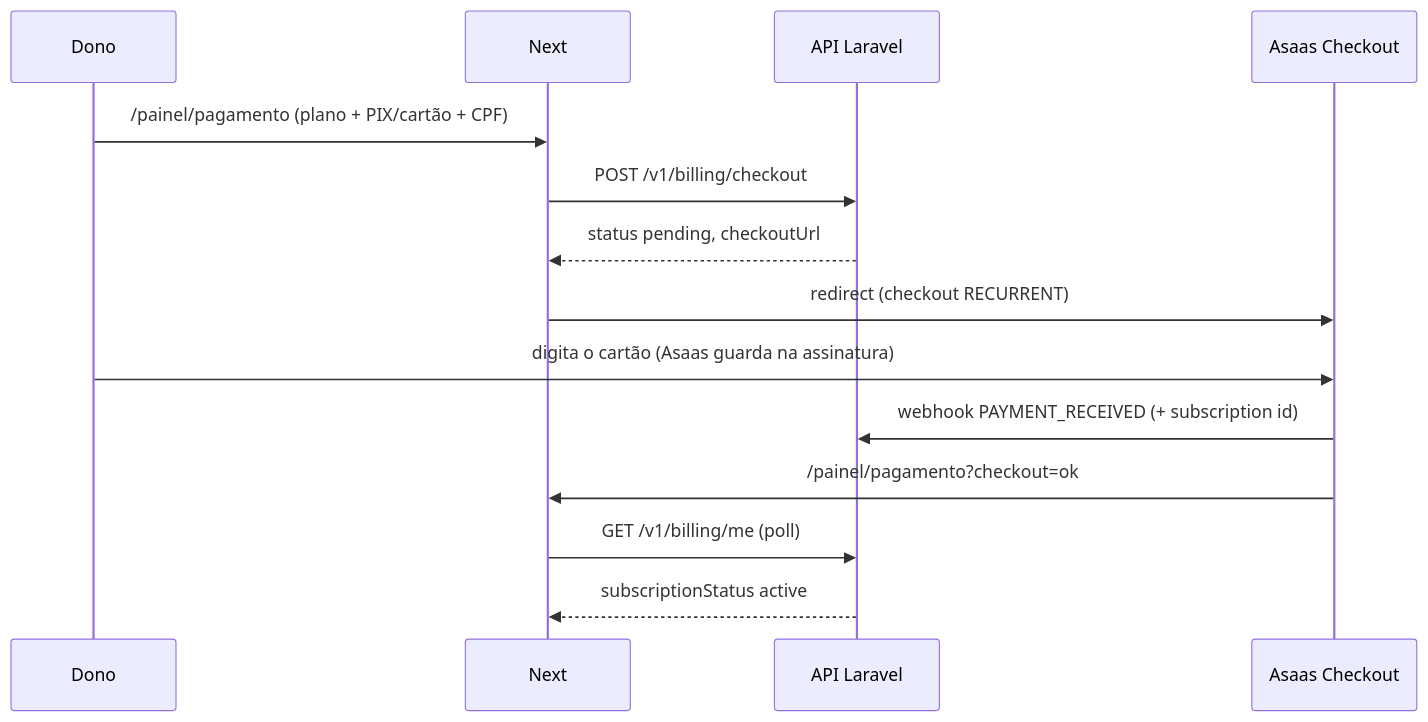
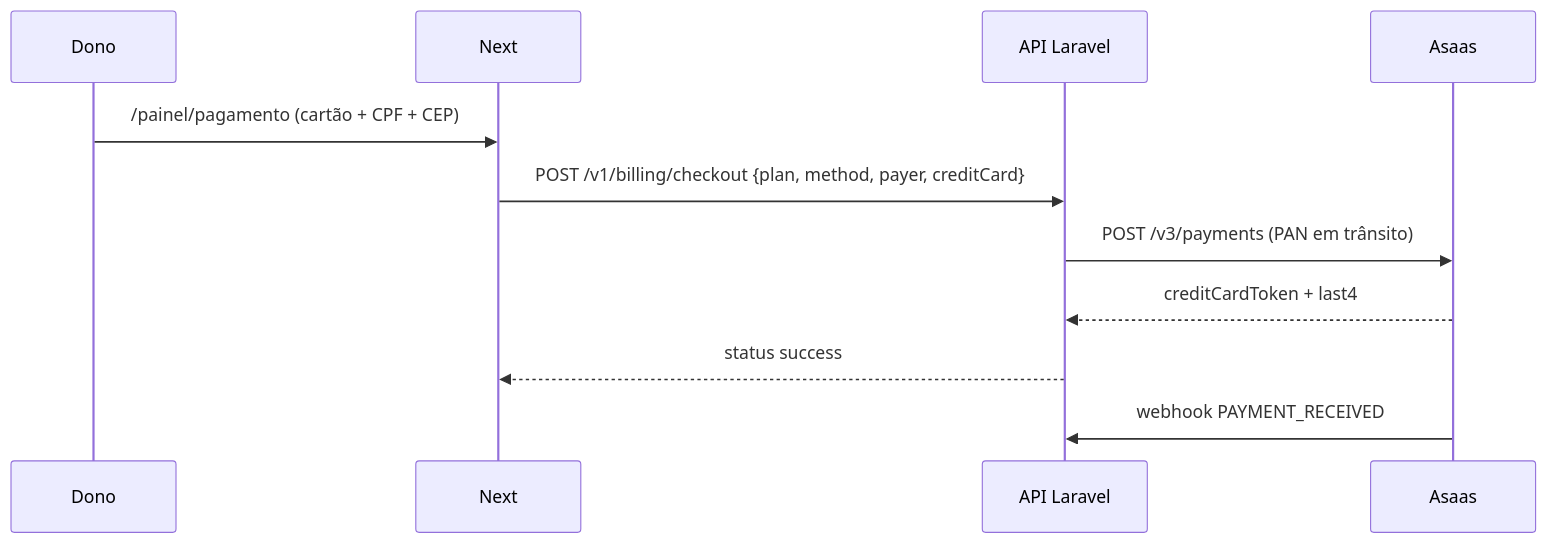
One commit to filiperamosds/eaimesa-frontend changed the diagram in docs/product/fatia-12-pagamento-asaas.md. Above: the diagram before and after it, drawn with Mermaid. The commit also changed other lines of this file and 16 other files, not shown here.

First line of the commit message:
Enviar dados do cartão no POST de checkout.

````diff
--- a/docs/product/fatia-12-pagamento-asaas.md
+++ b/docs/product/fatia-12-pagamento-asaas.md
@@ -42,17 +42,14 @@
 ```mermaid
 sequenceDiagram
   participant D as Dono
   participant W as Next
   participant API as API Laravel
-  participant A as Asaas Checkout
+  participant A as Asaas
 
-  D->>W: /painel/pagamento (plano + PIX/cartão + CPF)
-  W->>API: POST /v1/billing/checkout
-  API-->>W: status pending, checkoutUrl
-  W->>A: redirect (checkout RECURRENT)
-  D->>A: digita o cartão (Asaas guarda na assinatura)
-  A->>API: webhook PAYMENT_RECEIVED (+ subscription id)
-  A->>W: /painel/pagamento?checkout=ok
-  W->>API: GET /v1/billing/me (poll)
-  API-->>W: subscriptionStatus active
+  D->>W: /painel/pagamento (cartão + CPF + CEP)
+  W->>API: POST /v1/billing/checkout {plan, method, payer, creditCard}
+  API->>A: POST /v3/payments (PAN em trânsito)
+  A-->>API: creditCardToken + last4
+  API-->>W: status success
+  A->>API: webhook PAYMENT_RECEIVED
 ```
````
